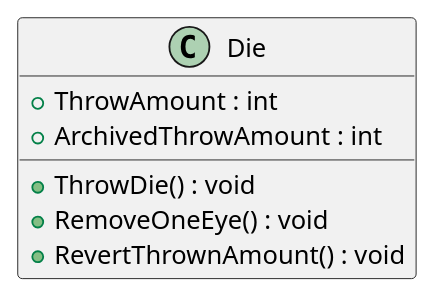
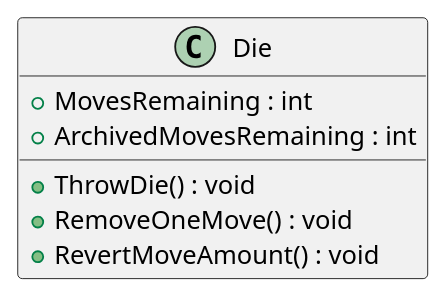
Before and after one commit to Evert-Arends/barricadegameModel3: the diagram in Barricade/Models/Die.puml, drawn with PlantUML. The commit also changed 21 other files, not shown here.

```diff
--- a/Barricade/Models/Die.puml
+++ b/Barricade/Models/Die.puml
@@ -1,9 +1,9 @@
 @startuml
 class Die {
-    + ThrowAmount : int
-    + ArchivedThrowAmount : int
+    + MovesRemaining : int
+    + ArchivedMovesRemaining : int
     + ThrowDie() : void
-    + RemoveOneEye() : void
-    + RevertThrownAmount() : void
+    + RemoveOneMove() : void
+    + RevertMoveAmount() : void
 }
 @enduml
```
